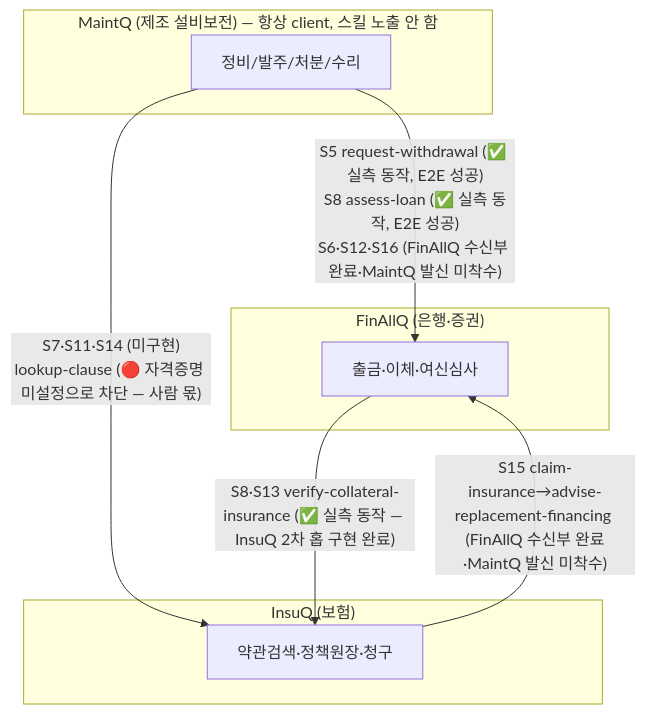
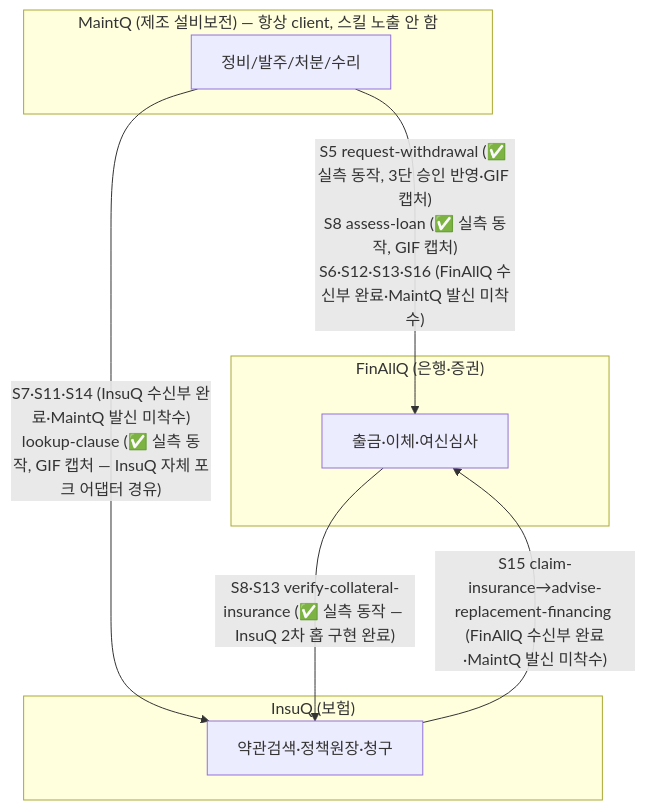
Before and after one commit to ttogle918/QMesh: the first of 8 diagrams in A2A_DIAGRAMS.md, drawn with Mermaid. The commit also changed other lines of this file, not shown here.

First line of the commit message:
docs: A2A_DIAGRAMS.md v1.4 갱신 — D119·D120·Sprint18·실측 GIF 반영 (A2A_Q 세션)

````diff
--- a/A2A_DIAGRAMS.md
+++ b/A2A_DIAGRAMS.md
@@ -68,17 +110,17 @@
 ```mermaid
 flowchart TD
     subgraph MAINTQ ["MaintQ (제조 설비보전) — 항상 client, 스킬 노출 안 함"]
         M["정비/발주/처분/수리"]
     end
     subgraph FINALLQ ["FinAllQ (은행·증권)"]
         F["출금·이체·여신심사"]
     end
     subgraph INSUQ ["InsuQ (보험)"]
         I["약관검색·정책원장·청구"]
     end
 
-    M -- "S5 request-withdrawal (✅ 실측 동작, E2E 성공)<br>S8 assess-loan (✅ 실측 동작, E2E 성공)<br>S6·S12·S16 (FinAllQ 수신부 완료·MaintQ 발신 미착수)" --> F
-    M -- "S7·S11·S14 (미구현)<br>lookup-clause (🔴 자격증명 미설정으로 차단 — 사람 몫)" --> I
+    M -- "S5 request-withdrawal (✅ 실측 동작, 3단 승인 반영·GIF 캡처)<br>S8 assess-loan (✅ 실측 동작, GIF 캡처)<br>S6·S12·S13·S16 (FinAllQ 수신부 완료·MaintQ 발신 미착수)" --> F
+    M -- "S7·S11·S14 (InsuQ 수신부 완료·MaintQ 발신 미착수)<br>lookup-clause (✅ 실측 동작, GIF 캡처 — InsuQ 자체 포크 어댑터 경유)" --> I
     F -- "S8·S13 verify-collateral-insurance (✅ 실측 동작 — InsuQ 2차 홉 구현 완료)" --> I
     I -- "S15 claim-insurance→advise-replacement-financing (FinAllQ 수신부 완료·MaintQ 발신 미착수)" --> F
 ```
````
